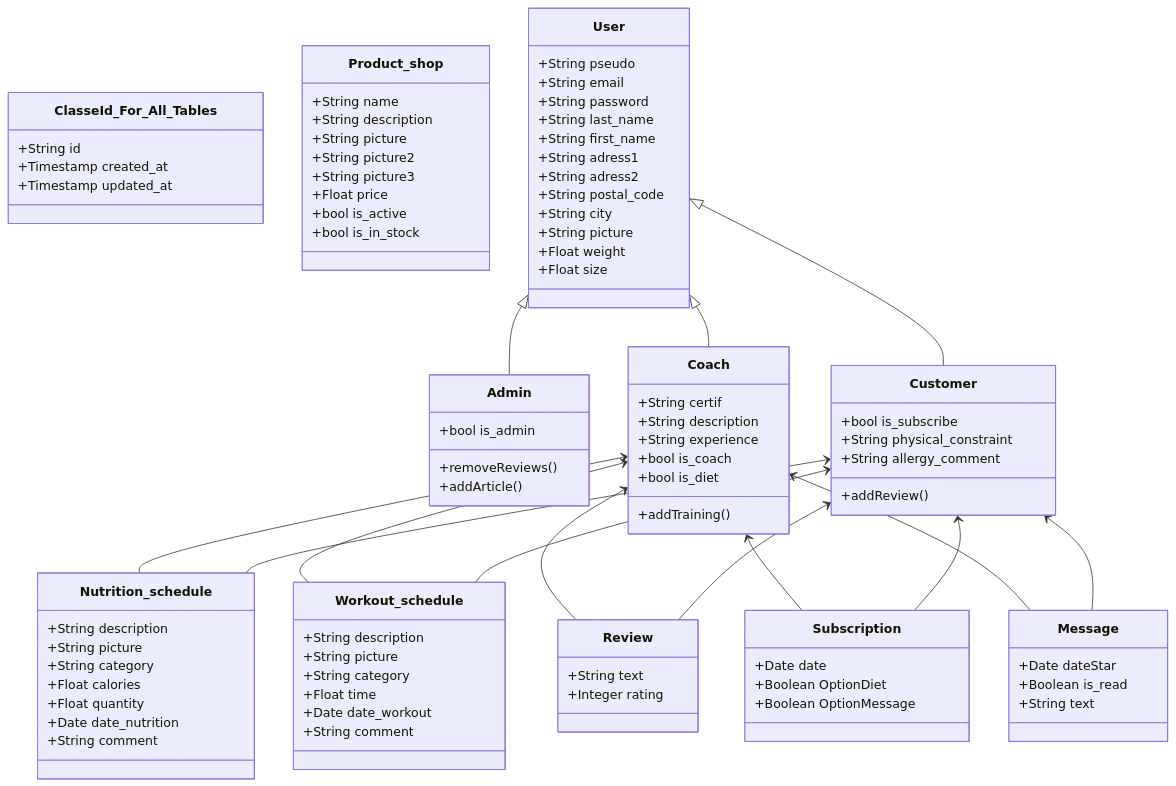
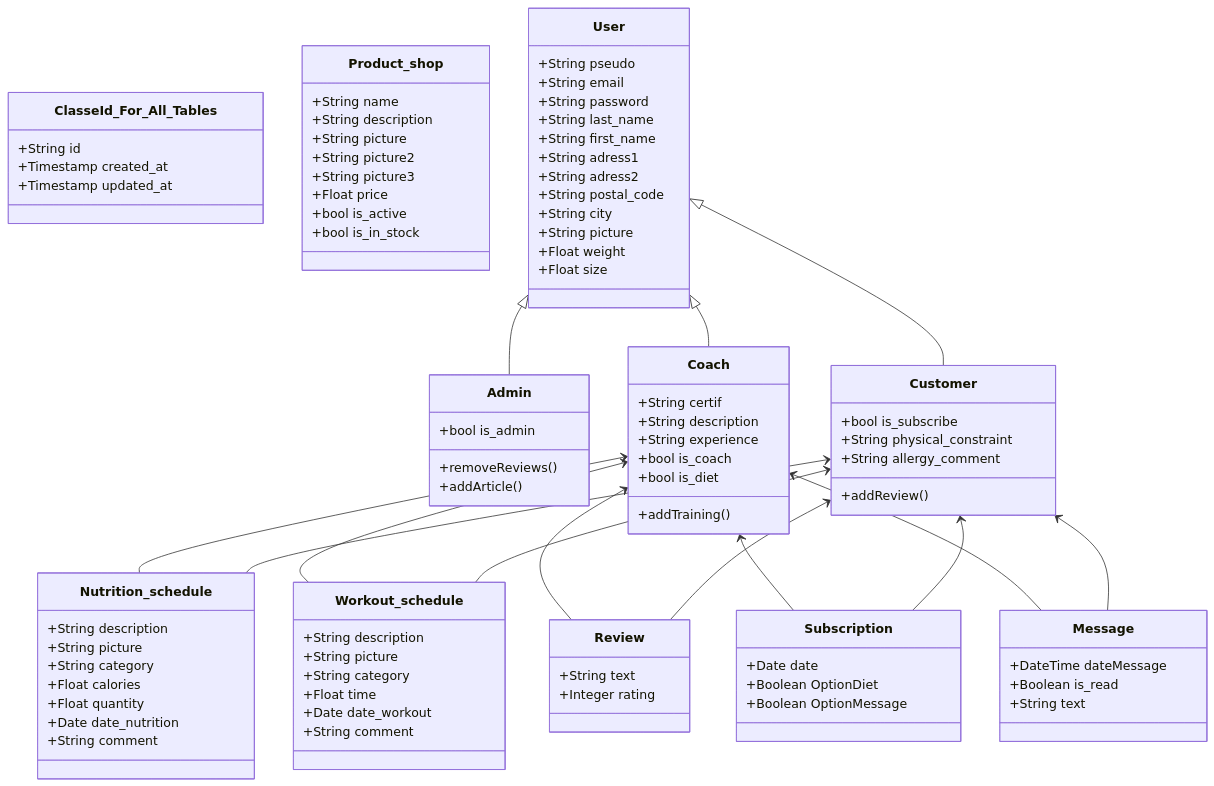
Before and after one commit to Genia888/FitnessHub: the diagram in Documentation/(Stage 3) Technical Documentation.md, drawn with Mermaid.

Commit message:
datetime of message

```diff
--- a/Documentation/(Stage 3) Technical Documentation.md
+++ b/Documentation/(Stage 3) Technical Documentation.md
@@ -174,7 +174,7 @@
     }
 
     class Message {
-	    +Date dateStar
+	    +DateTime dateMessage
 	    +Boolean is_read
 	    +String text
     }
```
